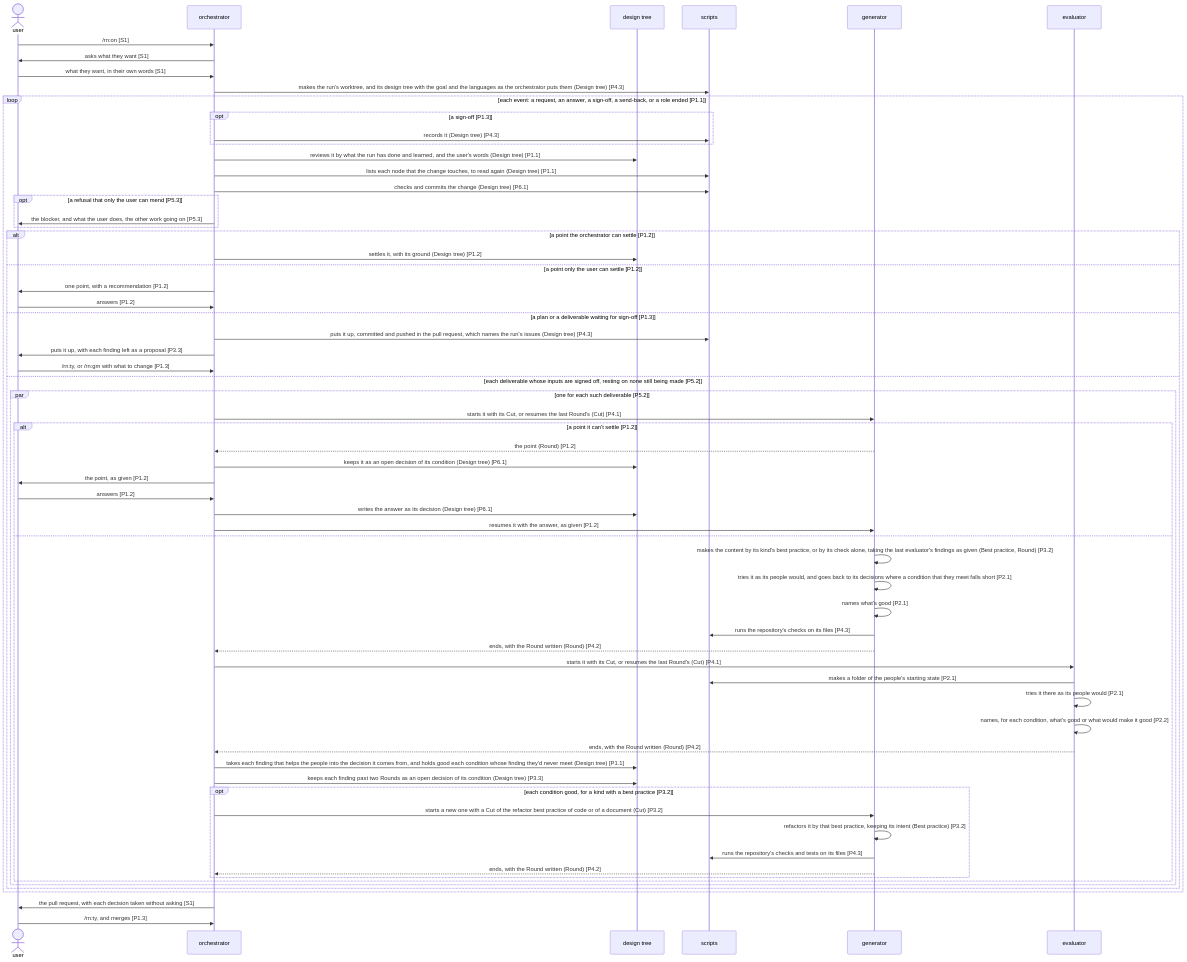
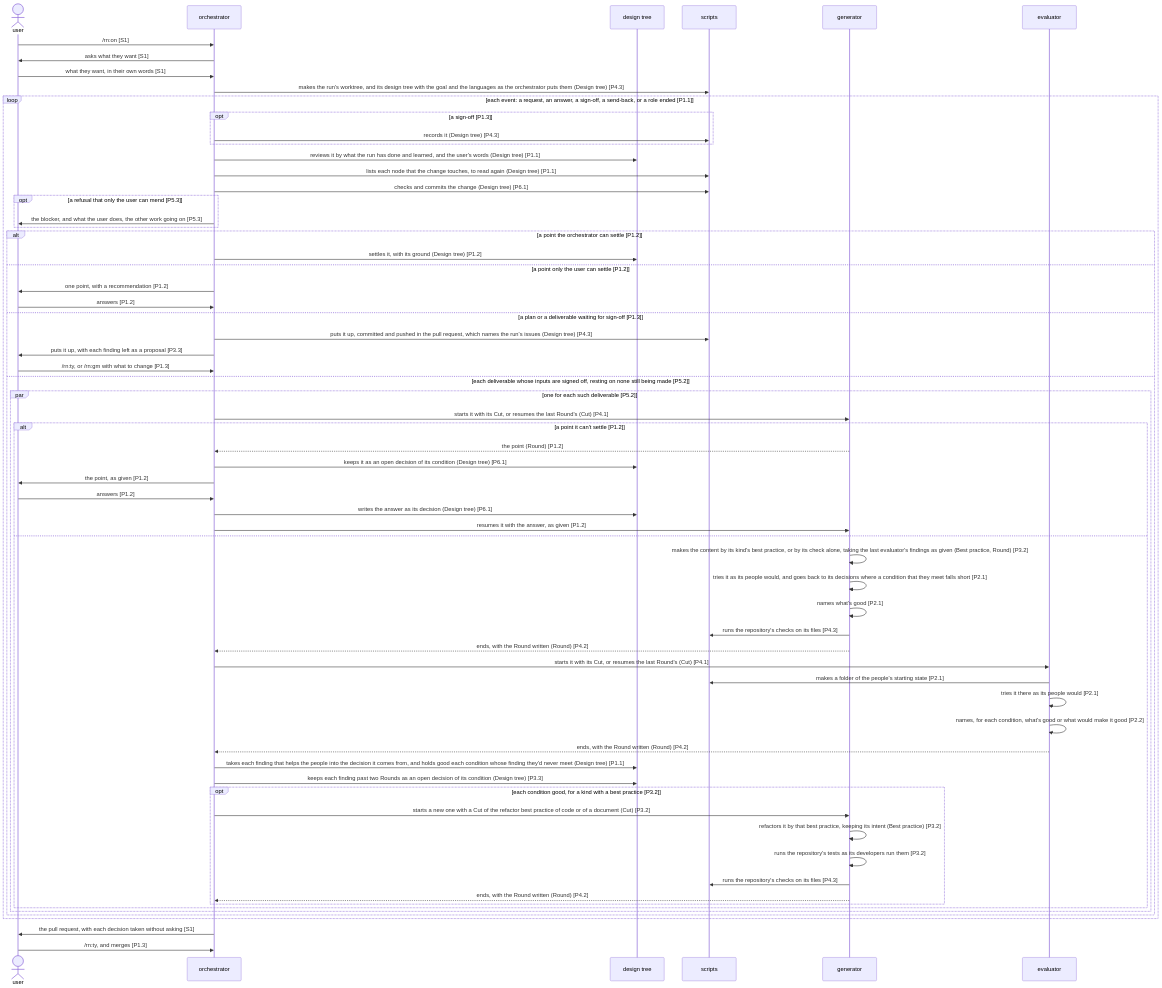
One commit to lovaizu/ccpm changed the first of 2 diagrams in dev/rn/architecture.md. Above: the diagram before and after it, drawn with Mermaid. The commit also changed other lines of this file and 20 other files, not shown here.

````diff
--- a/dev/rn/architecture.md
+++ b/dev/rn/architecture.md
@@ -126,67 +128,68 @@
 ```mermaid
 sequenceDiagram
   actor U as user
   participant O as orchestrator
   participant T as design tree
   participant S as scripts
   participant G as generator
   participant E as evaluator
   U->>O: /rn:on [S1]
   O->>U: asks what they want [S1]
   U->>O: what they want, in their own words [S1]
   O->>S: makes the run's worktree, and its design tree with the goal and the languages as the orchestrator puts them (Design tree) [P4.3]
   loop each event: a request, an answer, a sign-off, a send-back, or a role ended [P1.1]
     opt a sign-off [P1.3]
       O->>S: records it (Design tree) [P4.3]
     end
     O->>T: reviews it by what the run has done and learned, and the user's words (Design tree) [P1.1]
     O->>S: lists each node that the change touches, to read again (Design tree) [P1.1]
     O->>S: checks and commits the change (Design tree) [P6.1]
     opt a refusal that only the user can mend [P5.3]
       O->>U: the blocker, and what the user does, the other work going on [P5.3]
     end
     alt a point the orchestrator can settle [P1.2]
       O->>T: settles it, with its ground (Design tree) [P1.2]
     else a point only the user can settle [P1.2]
       O->>U: one point, with a recommendation [P1.2]
       U->>O: answers [P1.2]
     else a plan or a deliverable waiting for sign-off [P1.3]
       O->>S: puts it up, committed and pushed in the pull request, which names the run's issues (Design tree) [P4.3]
       O->>U: puts it up, with each finding left as a proposal [P3.3]
       U->>O: /rn:ty, or /rn:gm with what to change [P1.3]
     else each deliverable whose inputs are signed off, resting on none still being made [P5.2]
       par one for each such deliverable [P5.2]
         O->>G: starts it with its Cut, or resumes the last Round's (Cut) [P4.1]
         alt a point it can't settle [P1.2]
           G-->>O: the point (Round) [P1.2]
           O->>T: keeps it as an open decision of its condition (Design tree) [P6.1]
           O->>U: the point, as given [P1.2]
           U->>O: answers [P1.2]
           O->>T: writes the answer as its decision (Design tree) [P6.1]
           O->>G: resumes it with the answer, as given [P1.2]
         else
           G->>G: makes the content by its kind's best practice, or by its check alone, taking the last evaluator's findings as given (Best practice, Round) [P3.2]
           G->>G: tries it as its people would, and goes back to its decisions where a condition that they meet falls short [P2.1]
           G->>G: names what's good [P2.1]
           G->>S: runs the repository's checks on its files [P4.3]
           G-->>O: ends, with the Round written (Round) [P4.2]
           O->>E: starts it with its Cut, or resumes the last Round's (Cut) [P4.1]
           E->>S: makes a folder of the people's starting state [P2.1]
           E->>E: tries it there as its people would [P2.1]
           E->>E: names, for each condition, what's good or what would make it good [P2.2]
           E-->>O: ends, with the Round written (Round) [P4.2]
           O->>T: takes each finding that helps the people into the decision it comes from, and holds good each condition whose finding they'd never meet (Design tree) [P1.1]
           O->>T: keeps each finding past two Rounds as an open decision of its condition (Design tree) [P3.3]
           opt each condition good, for a kind with a best practice [P3.2]
             O->>G: starts a new one with a Cut of the refactor best practice of code or of a document (Cut) [P3.2]
             G->>G: refactors it by that best practice, keeping its intent (Best practice) [P3.2]
-            G->>S: runs the repository's checks and tests on its files [P4.3]
+            G->>G: runs the repository's tests as its developers run them [P3.2]
+            G->>S: runs the repository's checks on its files [P4.3]
             G-->>O: ends, with the Round written (Round) [P4.2]
           end
         end
       end
     end
   end
   O->>U: the pull request, with each decision taken without asking [S1]
   U->>O: /rn:ty, and merges [P1.3]
 ```
````
